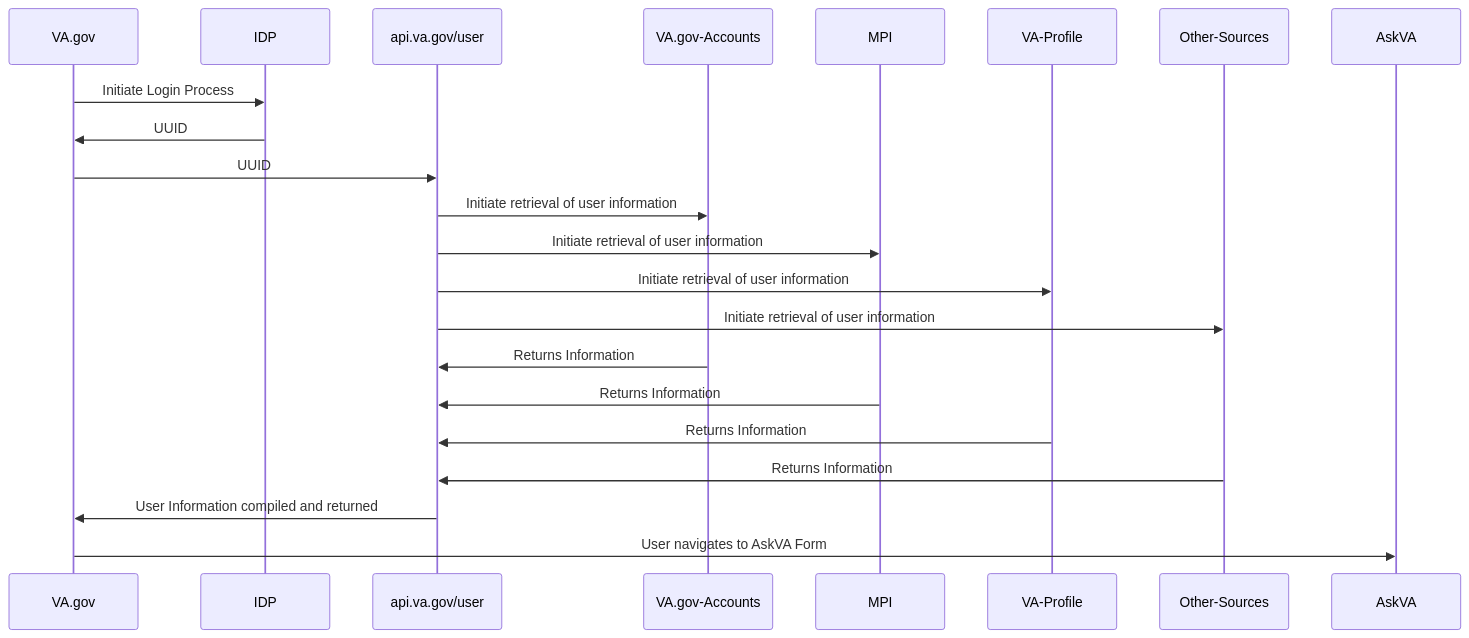
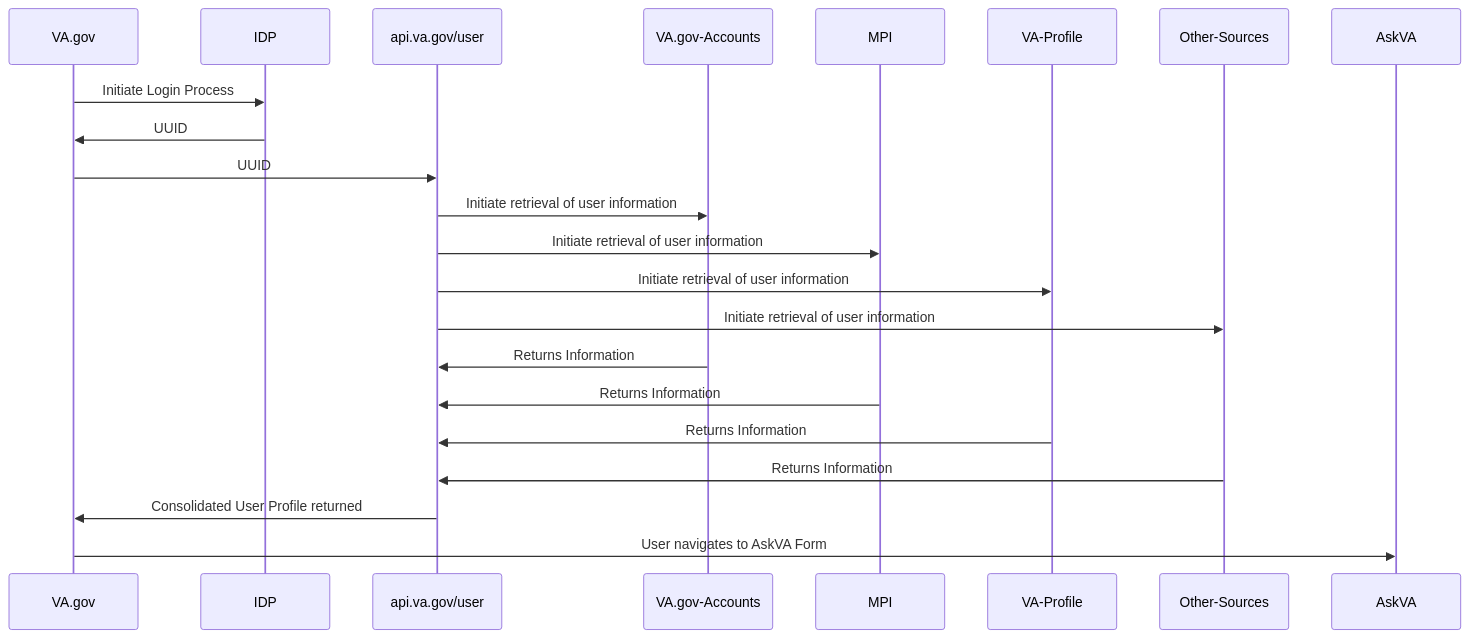
One commit to department-of-veterans-affairs/va.gov-team changed the fourth of 5 diagrams in products/ask-va/integration/va_profile/profile_processes.md. Above: the diagram before and after it, drawn with Mermaid.

````diff
--- a/products/ask-va/integration/va_profile/profile_processes.md
+++ b/products/ask-va/integration/va_profile/profile_processes.md
@@ -106,16 +106,16 @@
 ```mermaid
 sequenceDiagram
     VA.gov->>IDP: Initiate Login Process
     IDP->>VA.gov: UUID
     VA.gov->>api.va.gov/user: UUID
     api.va.gov/user->>VA.gov-Accounts: Initiate retrieval of user information
     api.va.gov/user->>MPI: Initiate retrieval of user information
     api.va.gov/user->>VA-Profile: Initiate retrieval of user information
     api.va.gov/user->>Other-Sources: Initiate retrieval of user information
     VA.gov-Accounts->>api.va.gov/user: Returns Information
     MPI->>api.va.gov/user: Returns Information
     VA-Profile->>api.va.gov/user: Returns Information
     Other-Sources->>api.va.gov/user: Returns Information
-    api.va.gov/user->>VA.gov: User Information compiled and returned
+    api.va.gov/user->>VA.gov: Consolidated User Profile returned
     VA.gov->>AskVA: User navigates to AskVA Form
 ```
````
